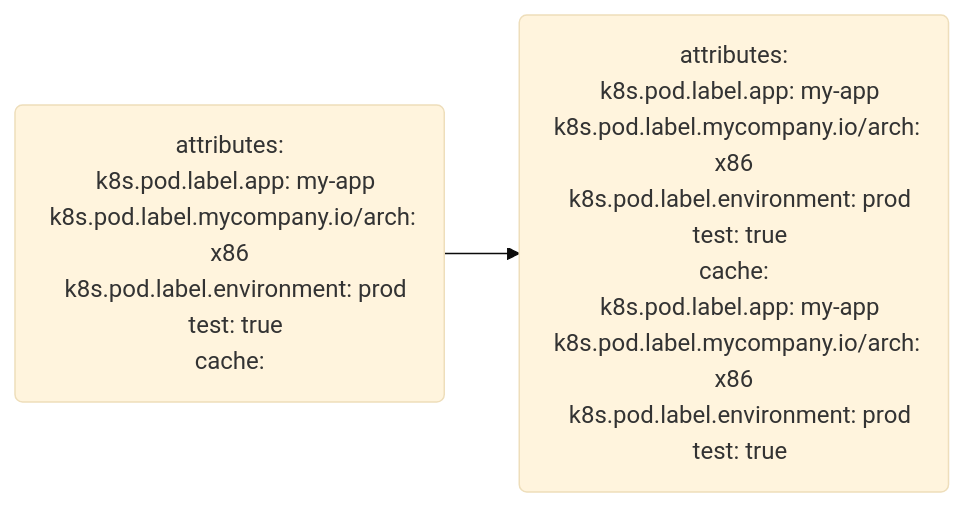
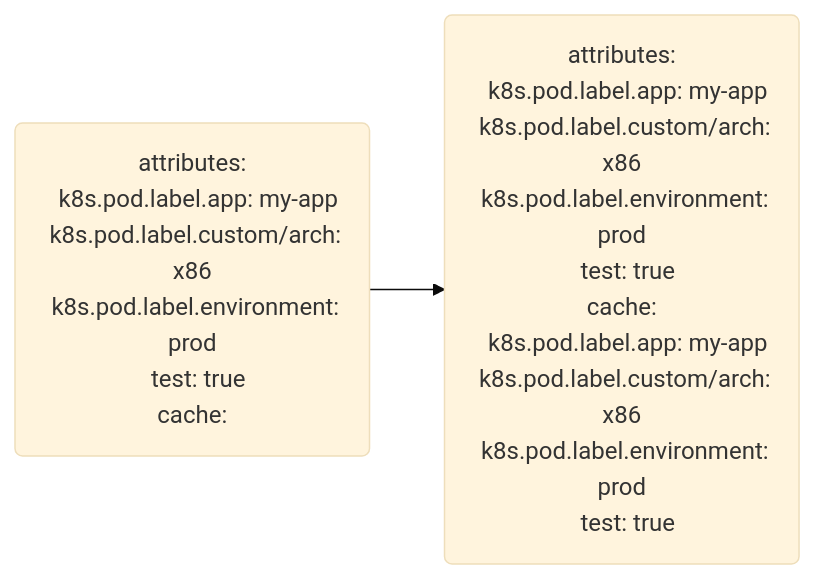
One commit to evan-bradley/ottl-cookbook changed the diagram in code/reorganize-attributes-1-cache.mmd. Above: the diagram before and after it, drawn with Mermaid (base theme). The commit also changed 10 other files, not shown here.

```diff
--- a/code/reorganize-attributes-1-cache.mmd
+++ b/code/reorganize-attributes-1-cache.mmd
@@ -1,20 +1,20 @@
 flowchart LR
     log2(attributes:
 &nbsp;&nbsp;k8s.pod.label.app: my-app
-&nbsp;&nbsp;k8s.pod.label.mycompany.io/arch: x86
+&nbsp;&nbsp;k8s.pod.label.custom/arch: x86
 &nbsp;&nbsp;k8s.pod.label.environment: prod
 &nbsp;&nbsp;test: true
 cache:
     )
     log3(attributes:
 &nbsp;&nbsp;k8s.pod.label.app: my-app
-&nbsp;&nbsp;k8s.pod.label.mycompany.io/arch: x86
+&nbsp;&nbsp;k8s.pod.label.custom/arch: x86
 &nbsp;&nbsp;k8s.pod.label.environment: prod
 &nbsp;&nbsp;test: true
 cache:
 &nbsp;&nbsp;k8s.pod.label.app: my-app
-&nbsp;&nbsp;k8s.pod.label.mycompany.io/arch: x86
+&nbsp;&nbsp;k8s.pod.label.custom/arch: x86
 &nbsp;&nbsp;k8s.pod.label.environment: prod
 &nbsp;&nbsp;test: true
     )
     log2 --> log3
```
